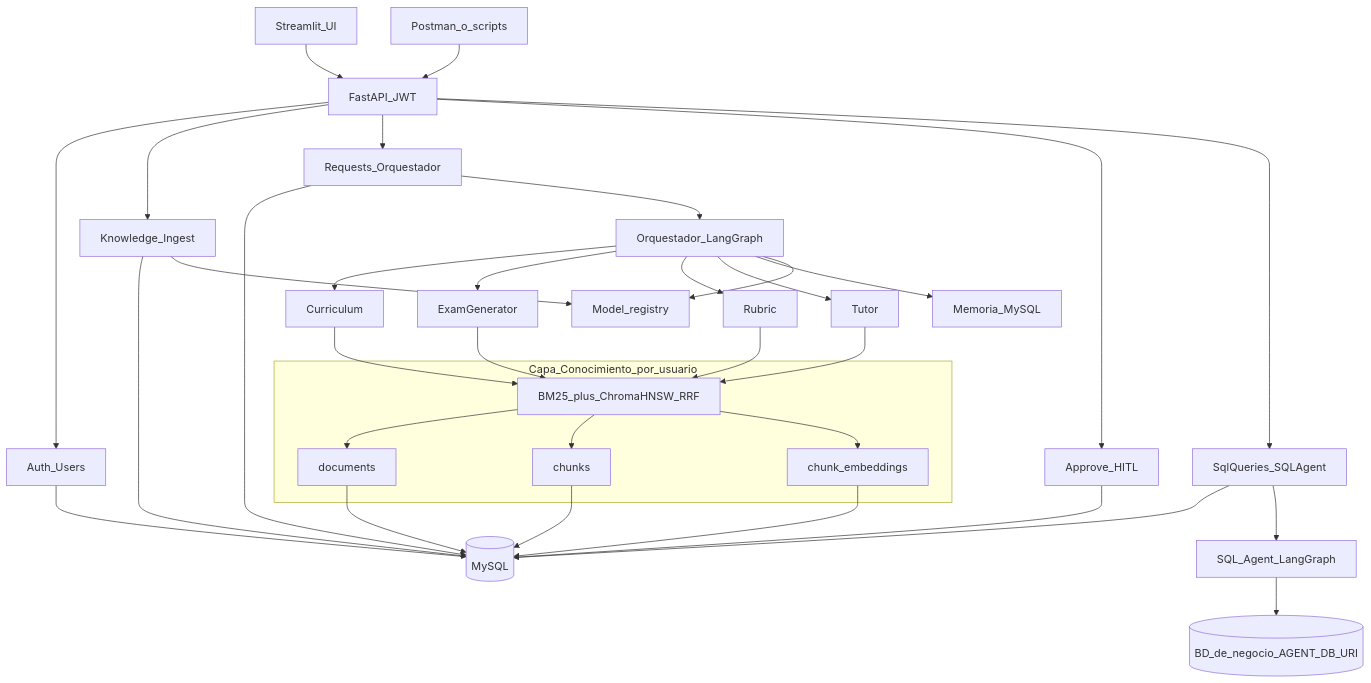
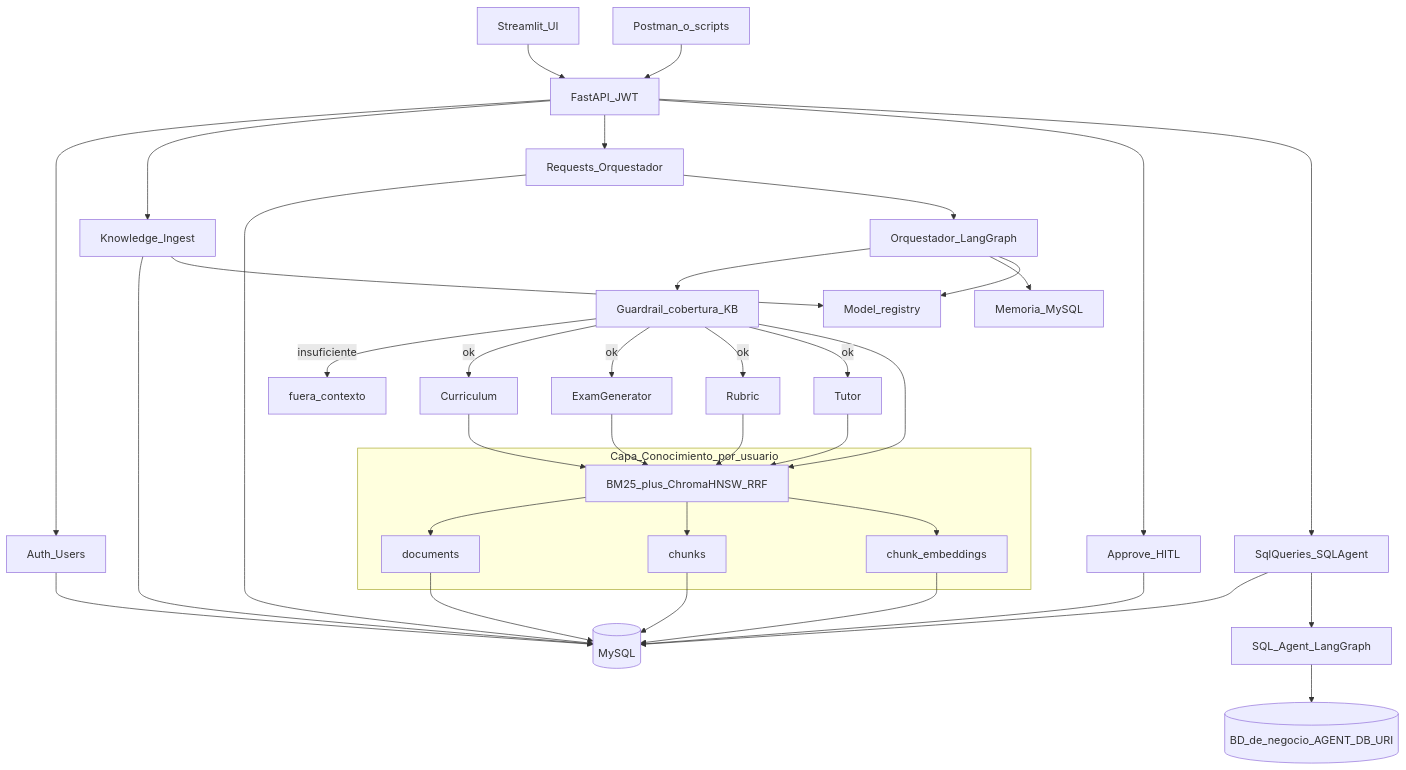
Before and after one commit to DavidLeonP/Orquestacion-Agentes: the first of 4 diagrams in docs/arquitectura.md, drawn with Mermaid. The commit also changed other lines of this file and 59 other files, not shown here.

````diff
--- a/docs/arquitectura.md
+++ b/docs/arquitectura.md
@@ -30,41 +30,44 @@
 ```mermaid
 flowchart TB
     ST[Streamlit_UI] --> API[FastAPI_JWT]
     Cliente[Postman_o_scripts] --> API
     API --> Auth[Auth_Users]
     API --> Know[Knowledge_Ingest]
     API --> Req[Requests_Orquestador]
     API --> Hitl[Approve_HITL]
     API --> SqlQ[SqlQueries_SQLAgent]
     Auth --> MySQL[(MySQL)]
     Know --> MySQL
     Req --> MySQL
     Hitl --> MySQL
     SqlQ --> MySQL
     Req --> Orq[Orquestador_LangGraph]
-    Orq --> CA[Curriculum]
-    Orq --> EG[ExamGenerator]
-    Orq --> RA[Rubric]
-    Orq --> TA[Tutor]
+    Orq --> Cov[Guardrail_cobertura_KB]
+    Cov -->|insuficiente| FC[fuera_contexto]
+    Cov -->|ok| CA[Curriculum]
+    Cov -->|ok| EG[ExamGenerator]
+    Cov -->|ok| RA[Rubric]
+    Cov -->|ok| TA[Tutor]
     SqlQ --> SQL[SQL_Agent_LangGraph]
     SQL --> BizDB[(BD_de_negocio_AGENT_DB_URI)]
     subgraph conocimiento [Capa_Conocimiento_por_usuario]
         Docs[documents]
         Chunks[chunks]
         Emb[chunk_embeddings]
         Hibrida[BM25_plus_ChromaHNSW_RRF]
     end
     CA --> Hibrida
     EG --> Hibrida
     RA --> Hibrida
     TA --> Hibrida
+    Cov --> Hibrida
     Hibrida --> Docs
     Hibrida --> Chunks
     Hibrida --> Emb
     Docs --> MySQL
     Chunks --> MySQL
     Emb --> MySQL
     Orq --> Mem[Memoria_MySQL]
     Orq --> Registry[Model_registry]
     Know --> Registry
 ```
````
